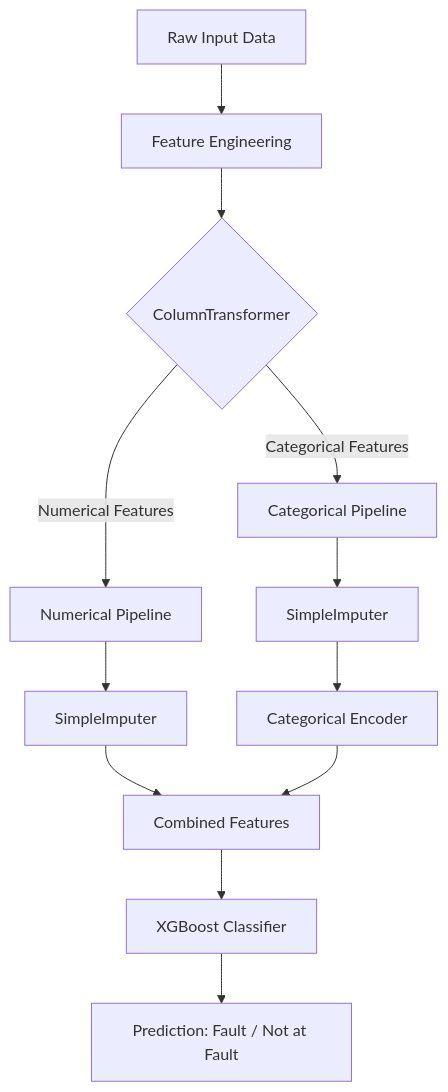
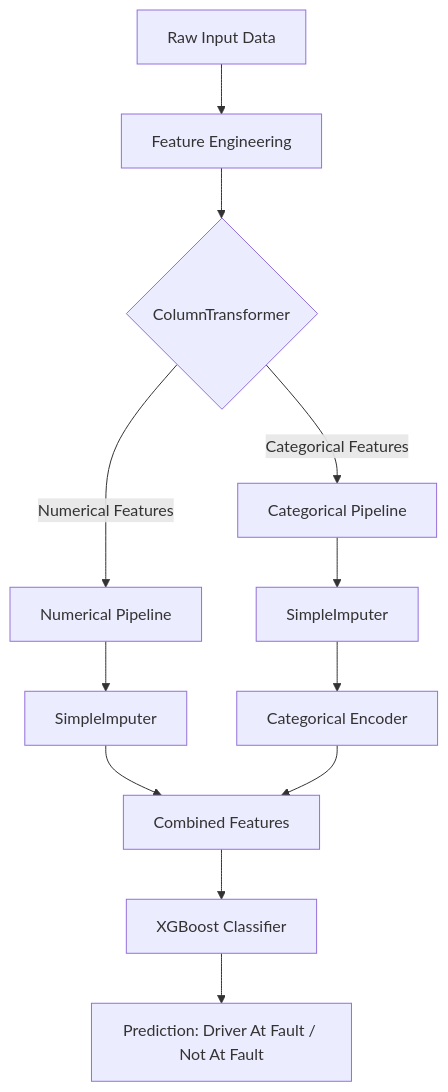
Before and after one commit to nikunj069/Driver_Fault_Classification: the second of 2 diagrams in README.md, drawn with Mermaid. The commit also changed other lines of this file, not shown here.

Commit message:
docs: Add interview talking points, data lifecycle graph, and model evaluation context

````diff
--- a/README.md
+++ b/README.md
@@ -51,18 +75,18 @@
 ```mermaid
 graph TD
     A[Raw Input Data] --> B[Feature Engineering]
     B --> C{ColumnTransformer}
     
     C -->|Numerical Features| D[Numerical Pipeline]
     D --> D1[SimpleImputer]
     
     C -->|Categorical Features| E[Categorical Pipeline]
     E --> E1[SimpleImputer]
     E1 --> E2[Categorical Encoder]
     
     D1 --> F[Combined Features]
     E2 --> F
     
     F --> G[XGBoost Classifier]
-    G --> H[Prediction: Fault / Not at Fault]
+    G --> H[Prediction: Driver At Fault / Not At Fault]
 ```
````
